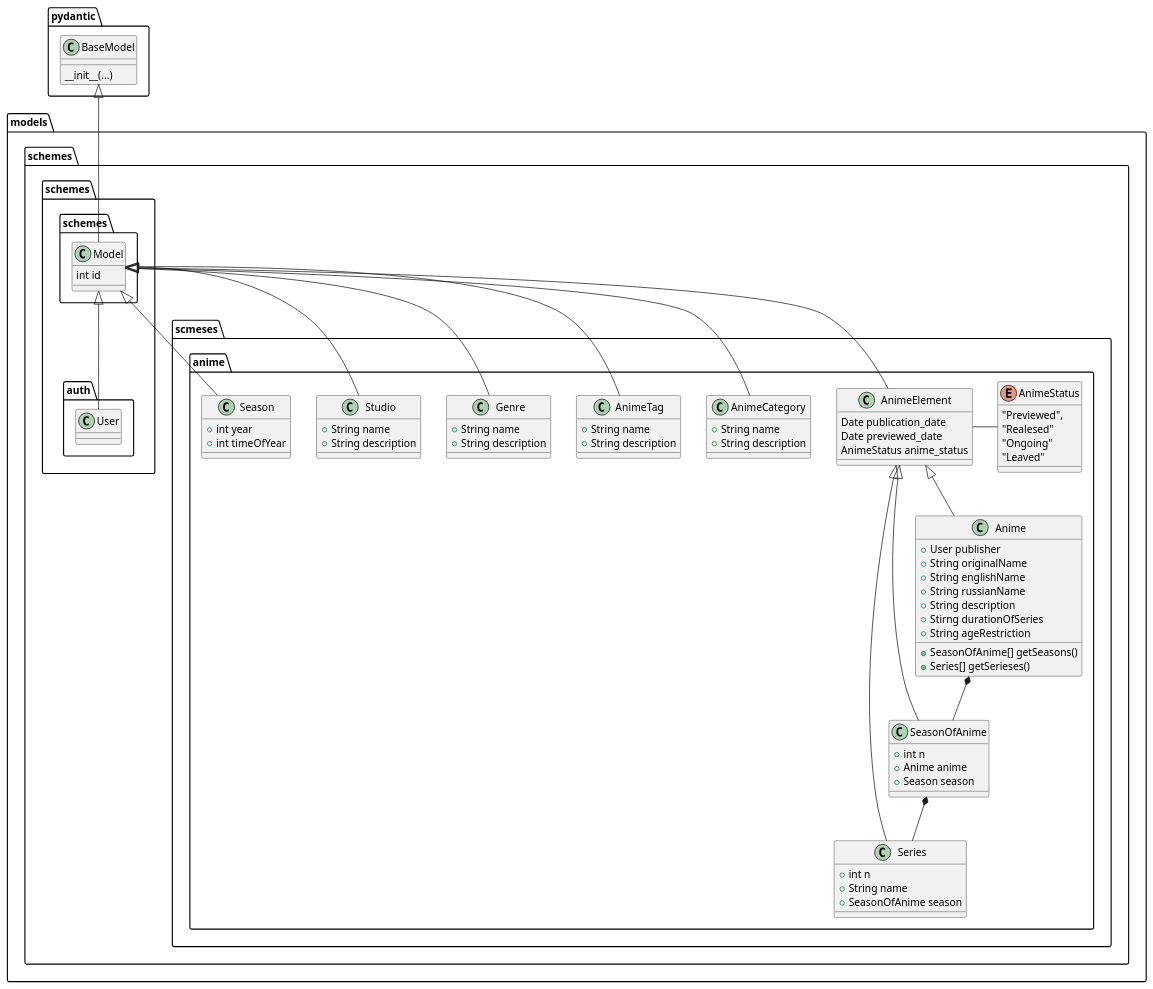
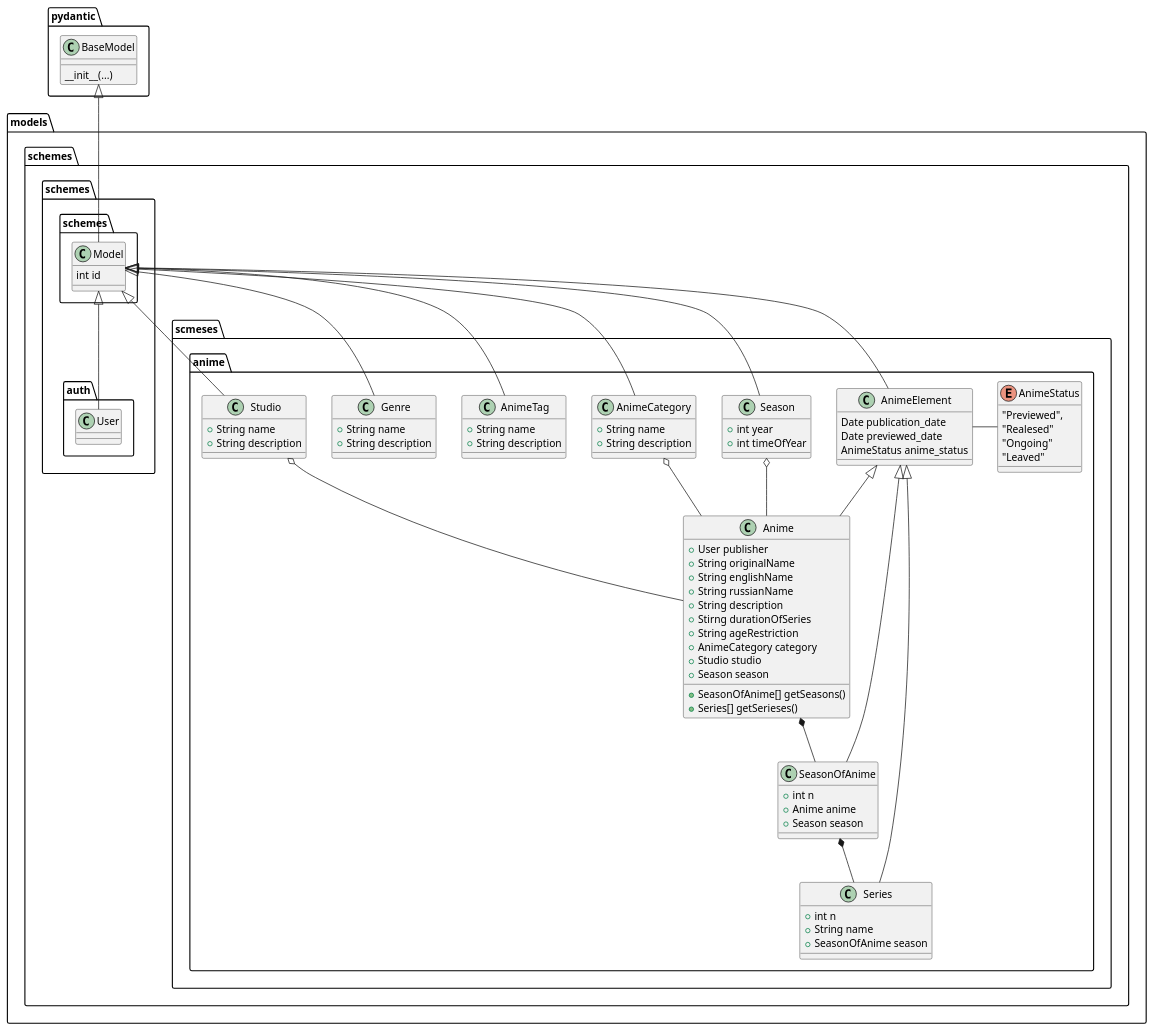
One commit to undiscoveredWorld/animeWatch changed the diagram in docs/diagrams/classes.plantuml. Above: the diagram before and after it, drawn with PlantUML.

Commit message:
Refactoring

```diff
--- a/docs/diagrams/classes.plantuml
+++ b/docs/diagrams/classes.plantuml
@@ -1,110 +1,116 @@
 @startuml class
 
 package pydantic {
     class BaseModel {
         __init__(...)
     }
 }
 
 package models {
     package schemes {
         package schemes.schemes {
             class Model {
                 int id
             }
 
             BaseModel <|-- Model
         }
 
         package schemes.auth {
             class User {
 
             }
 
             Model <|-- User
         }
 
         package scmeses.anime {
             class AnimeElement {
                 Date publication_date
                 Date previewed_date
                 AnimeStatus anime_status
             }
 
             class Series {
                 + int n
                 + String name
                 + SeasonOfAnime season
             }
 
             class SeasonOfAnime {
                 + int n
                 + Anime anime
                 + Season season
             }
 
             class Anime {
                 + User publisher
                 + String originalName
                 + String englishName
                 + String russianName
                 + String description
                 + Stirng durationOfSeries
                 + String ageRestriction
+                + AnimeCategory category
+                + Studio studio
+                + Season season
                 
                 + SeasonOfAnime[] getSeasons()
                 + Series[] getSerieses()
             }
 
             class AnimeCategory {
                 + String name
                 + String description
             }
 
             class AnimeTag {
                 + String name
                 + String description
             }
 
             class Genre {
                 + String name
                 + String description
             }
 
             class Studio {
                 + String name
                 + String description
             }
 
             class Season {
                 + int year
                 + int timeOfYear
             }
 
             enum AnimeStatus {
                 "Previewed",
                 "Realesed"
                 "Ongoing"
                 "Leaved"
             }
 
             Model <|-- AnimeElement
             Model <|-- AnimeCategory
             Model <|-- AnimeTag
             Model <|-- Genre
             Model <|-- Studio
             Model <|-- Season
 
             AnimeElement <|-- Series
             AnimeElement <|-- SeasonOfAnime
             AnimeElement <|-- Anime
 
             AnimeElement - AnimeStatus
 
             SeasonOfAnime *-- Series
             Anime *-- SeasonOfAnime
+            AnimeCategory o-- Anime
+            Studio o-- Anime
+            Season o--Anime
         }
     }
 }
 
 @enduml
```
